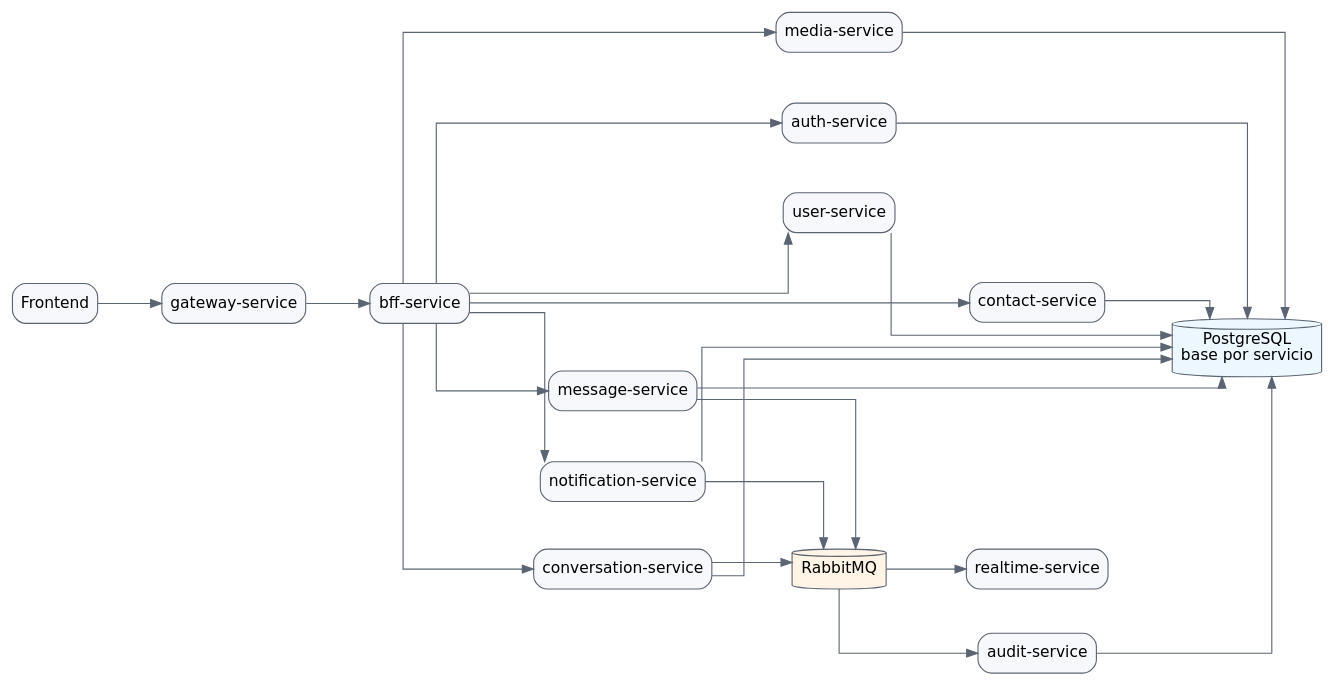
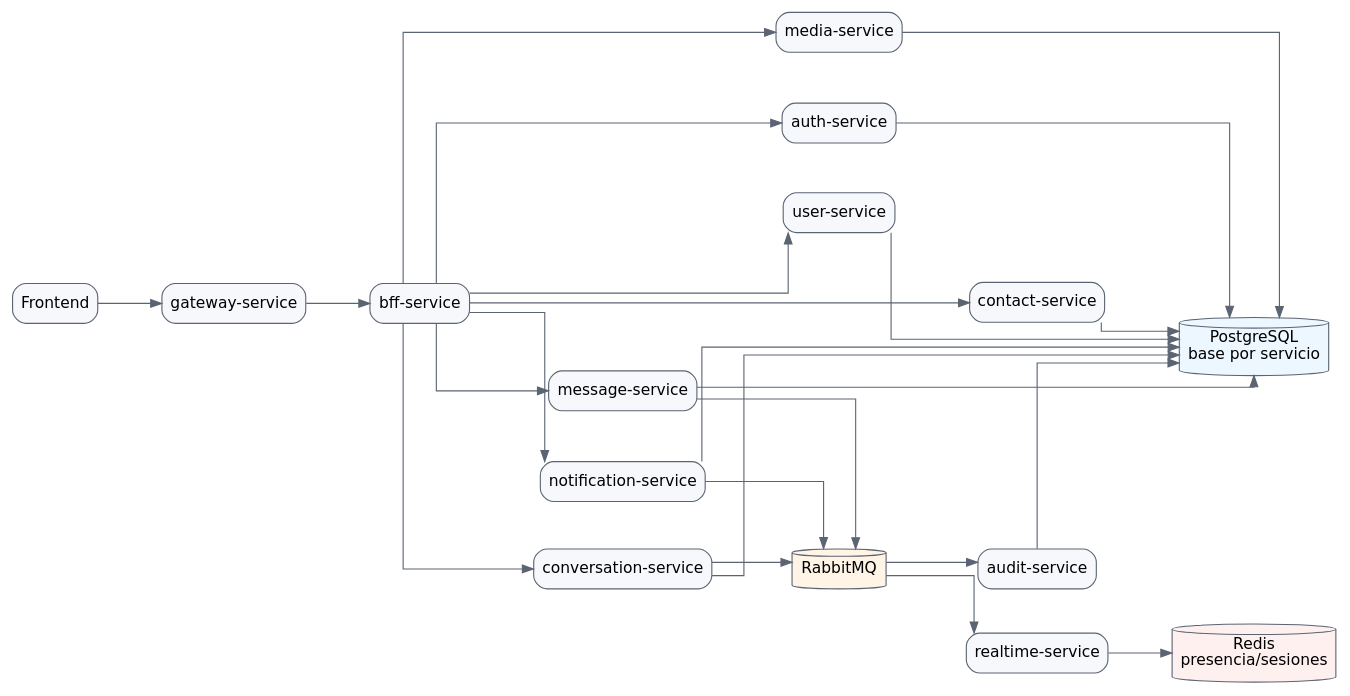
The diagram in docs/diagrama-microservicios.dot (OrionTheProgrammer/Orioneta-Backend), drawn with Graphviz before and after one commit. The commit also changed 32 other files, not shown here.

```diff
--- a/docs/diagrama-microservicios.dot
+++ b/docs/diagrama-microservicios.dot
@@ -1,45 +1,47 @@
 digraph Orioneta {
   graph [rankdir=LR, bgcolor="white", splines=ortho, nodesep=0.55, ranksep=0.8];
   node [shape=box, style="rounded,filled", fillcolor="#f7f8fb", color="#5b6472", fontname="DejaVu Sans"];
   edge [color="#5b6472", fontname="DejaVu Sans"];
 
   frontend [label="Frontend"];
   gateway [label="gateway-service"];
   bff [label="bff-service"];
   auth [label="auth-service"];
   users [label="user-service"];
   contacts [label="contact-service"];
   conversations [label="conversation-service"];
   messages [label="message-service"];
   notifications [label="notification-service"];
   media [label="media-service"];
   realtime [label="realtime-service"];
   audit [label="audit-service"];
   rabbitmq [label="RabbitMQ", shape=cylinder, fillcolor="#fff4e6"];
+  redis [label="Redis\npresencia/sesiones", shape=cylinder, fillcolor="#fff0f0"];
   postgres [label="PostgreSQL\nbase por servicio", shape=cylinder, fillcolor="#edf7ff"];
 
   frontend -> gateway;
   gateway -> bff;
   bff -> auth;
   bff -> users;
   bff -> contacts;
   bff -> conversations;
   bff -> messages;
   bff -> notifications;
   bff -> media;
 
   conversations -> rabbitmq;
   messages -> rabbitmq;
   notifications -> rabbitmq;
   rabbitmq -> realtime;
   rabbitmq -> audit;
+  realtime -> redis;
 
   auth -> postgres;
   users -> postgres;
   contacts -> postgres;
   conversations -> postgres;
   messages -> postgres;
   notifications -> postgres;
   media -> postgres;
   audit -> postgres;
 }
```
